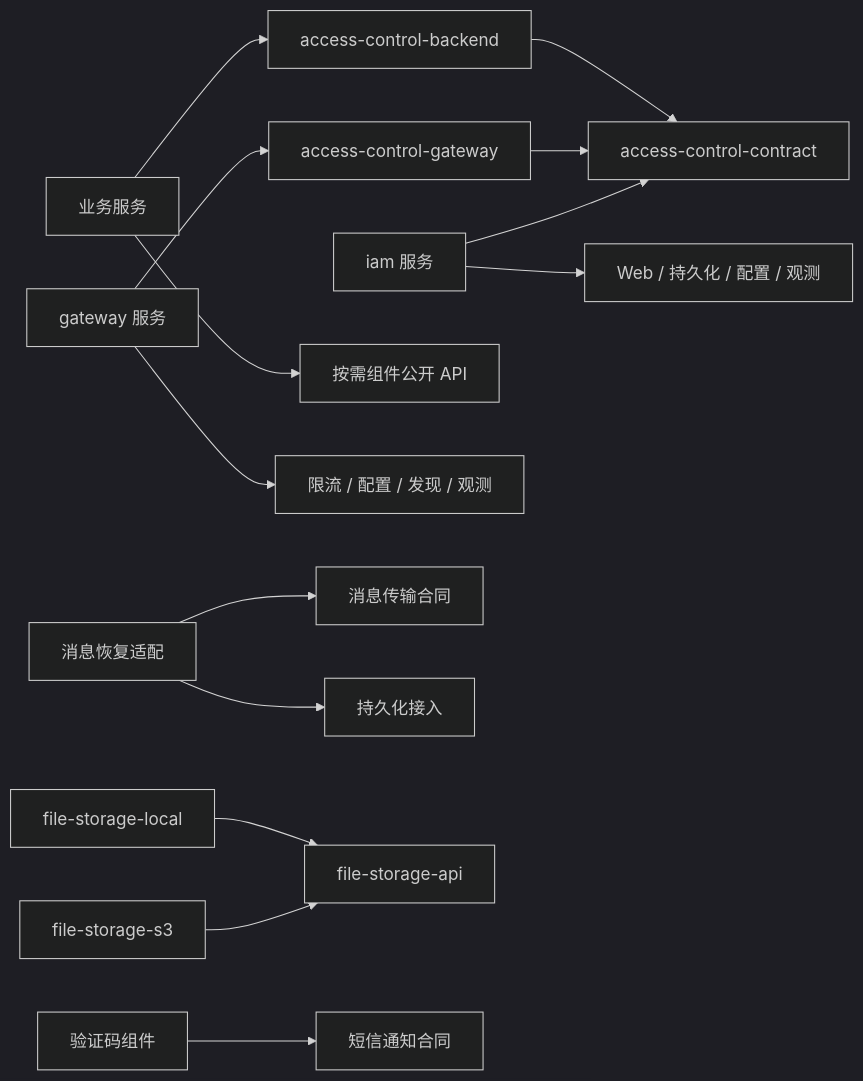
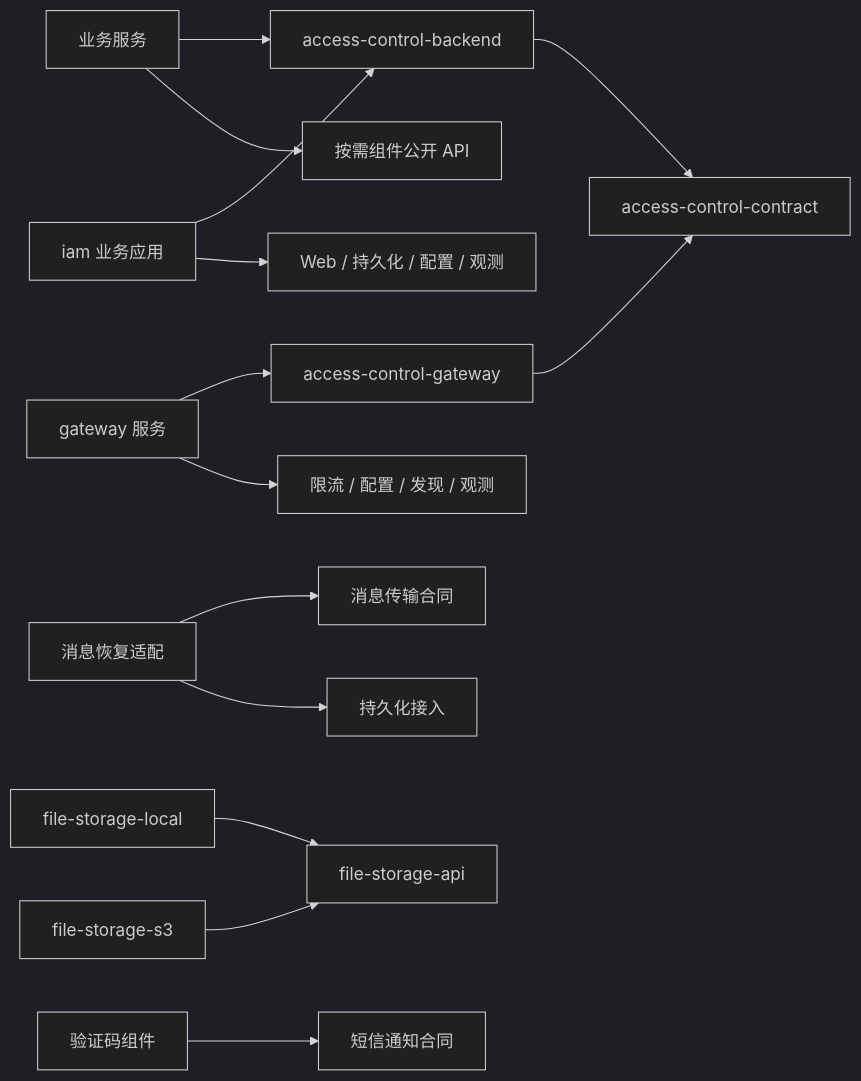
The diagram in docs/architecture/01-总体架构.md (liming-cloud/domain-forge), drawn with Mermaid (dark theme) before and after one commit. The commit also changed other lines of this file and 273 other files, not shown here.

````diff
--- a/docs/architecture/01-总体架构.md
+++ b/docs/architecture/01-总体架构.md
@@ -217,16 +218,16 @@
 ```mermaid
 flowchart LR
   Business[业务服务] --> Backend[access-control-backend]
   Gateway[gateway 服务] --> Edge[access-control-gateway]
   Backend --> Contract[access-control-contract]
   Edge --> Contract
-  Identity[iam 服务] --> Contract
+  Identity[iam 业务应用] --> Backend
   Business --> Components[按需组件公开 API]
   Identity --> Base[Web / 持久化 / 配置 / 观测]
   Gateway --> Infra[限流 / 配置 / 发现 / 观测]
   Outbox[消息恢复适配] --> Transport[消息传输合同]
   Outbox --> Persistence[持久化接入]
   Local[file-storage-local] --> FileApi[file-storage-api]
   S3[file-storage-s3] --> FileApi
   Code[验证码组件] --> Sms[短信通知合同]
 ```
````
